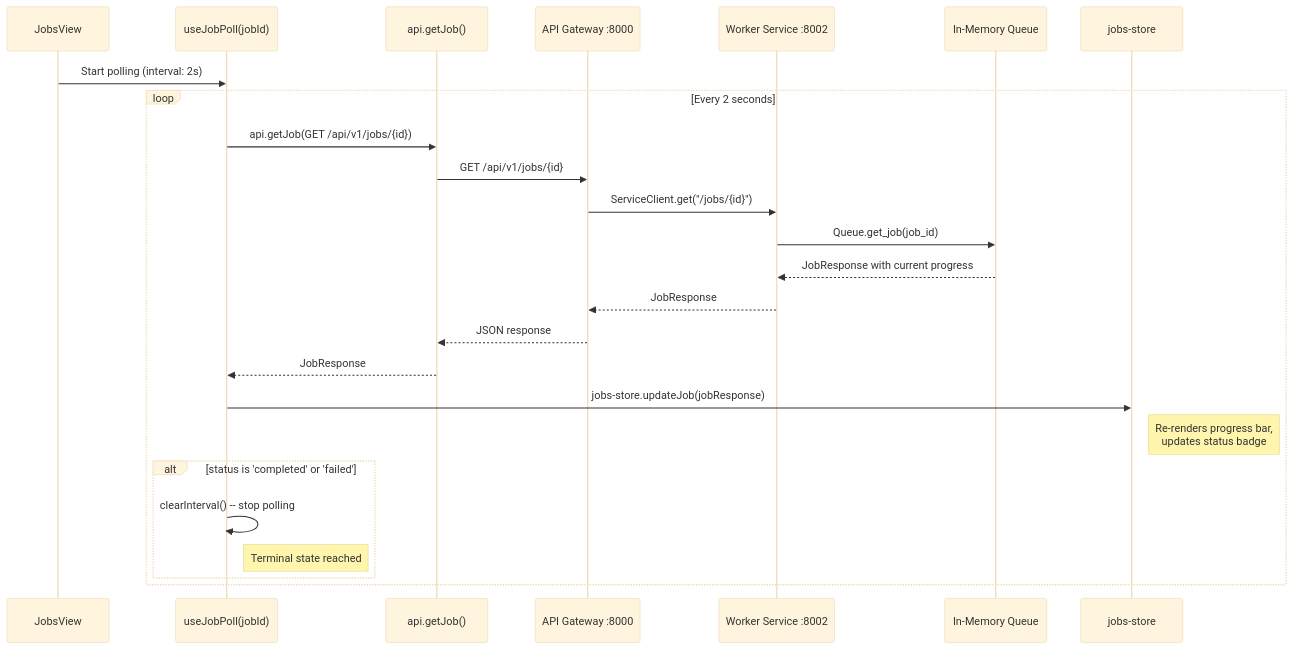
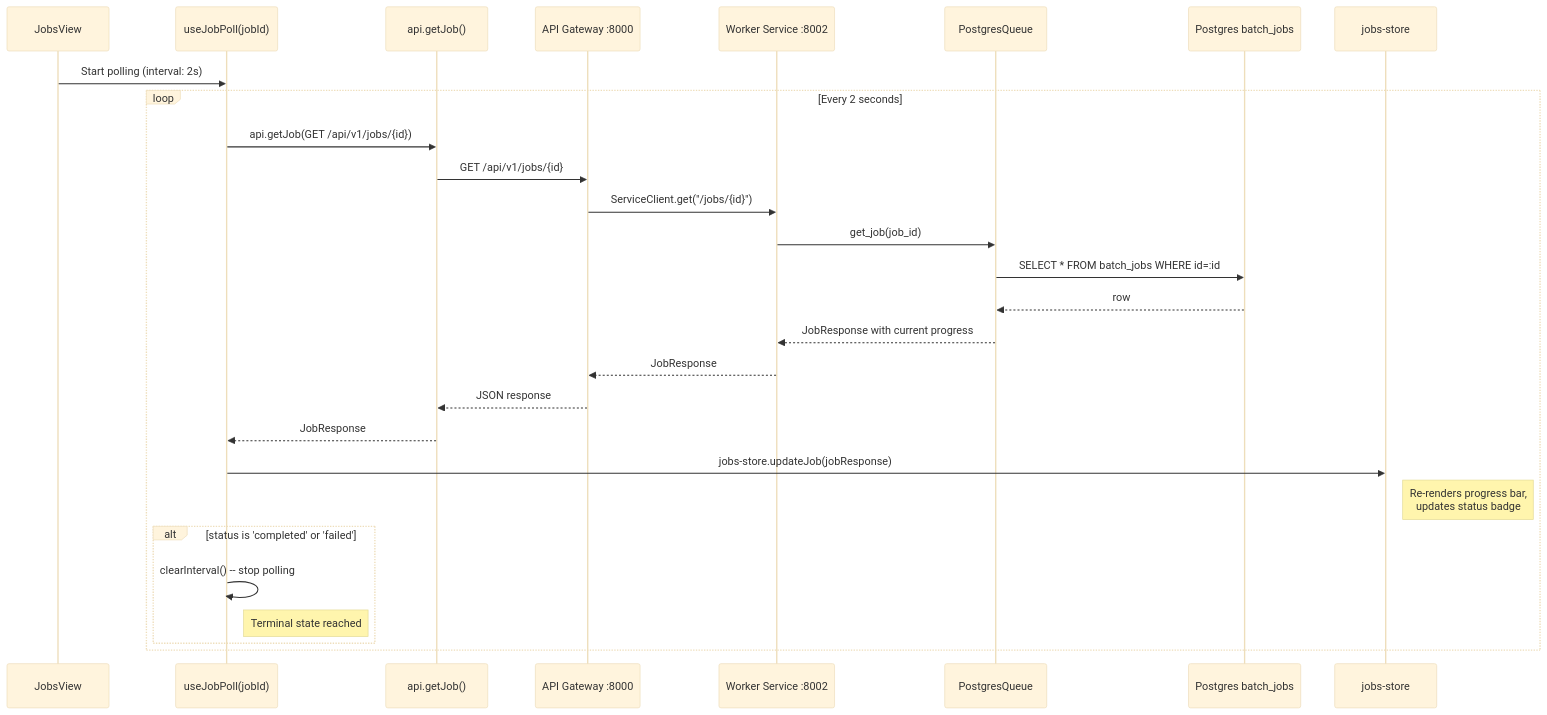
Before and after one commit to myckhel/prodigon: the sixth of 11 diagrams in architecture/data-flow.md, drawn with Mermaid (base theme). The commit also changed other lines of this file and 8 other files, not shown here.

Commit message:
prodigon V1: update architecture refs

````diff
--- a/architecture/data-flow.md
+++ b/architecture/data-flow.md
@@ -198,31 +288,34 @@
 ```mermaid
 sequenceDiagram
     participant JobsView
     participant useJobPoll as useJobPoll(jobId)
     participant API as api.getJob()
     participant Gateway as API Gateway :8000
     participant WorkerService as Worker Service :8002
-    participant Queue as In-Memory Queue
+    participant Queue as PostgresQueue
+    participant DB as Postgres batch_jobs
     participant JobsStore as jobs-store
 
     JobsView->>useJobPoll: Start polling (interval: 2s)
 
     loop Every 2 seconds
         useJobPoll->>API: api.getJob(GET /api/v1/jobs/{id})
         API->>Gateway: GET /api/v1/jobs/{id}
         Gateway->>WorkerService: ServiceClient.get("/jobs/{id}")
-        WorkerService->>Queue: Queue.get_job(job_id)
+        WorkerService->>Queue: get_job(job_id)
+        Queue->>DB: SELECT * FROM batch_jobs WHERE id=:id
+        DB-->>Queue: row
         Queue-->>WorkerService: JobResponse with current progress
         WorkerService-->>Gateway: JobResponse
         Gateway-->>API: JSON response
         API-->>useJobPoll: JobResponse
 
         useJobPoll->>JobsStore: jobs-store.updateJob(jobResponse)
         Note right of JobsStore: Re-renders progress bar,<br/>updates status badge
 
         alt status is 'completed' or 'failed'
             useJobPoll->>useJobPoll: clearInterval() -- stop polling
             Note right of useJobPoll: Terminal state reached
         end
     end
 ```
````
